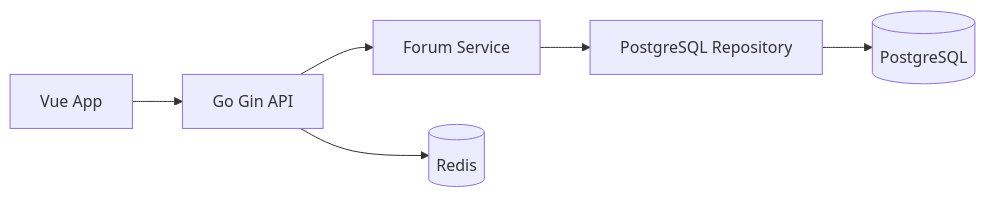
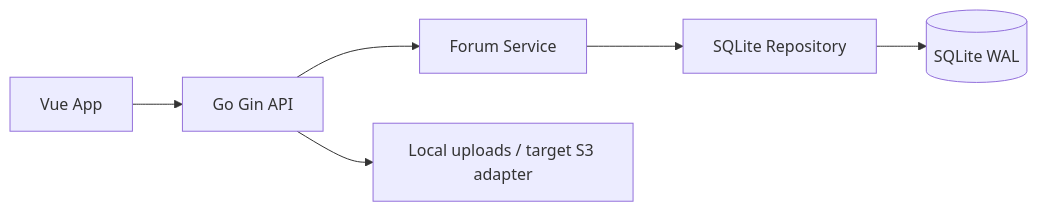
Before and after one commit to skyfrostz/SoulCourse: the diagram in docs/architecture/overview.md, drawn with Mermaid. The commit also changed other lines of this file and 221 other files, not shown here.

````diff
--- a/docs/architecture/overview.md
+++ b/docs/architecture/overview.md
@@ -35,8 +36,8 @@
 ```mermaid
 flowchart LR
   Browser["Vue App"] --> API["Go Gin API"]
   API --> Service["Forum Service"]
-  Service --> Repo["PostgreSQL Repository"]
-  Repo --> DB[(PostgreSQL)]
-  API --> Cache[(Redis)]
+  Service --> Repo["SQLite Repository"]
+  Repo --> DB[(SQLite WAL)]
+  API --> Uploads["Local uploads / target S3 adapter"]
 ```
````
